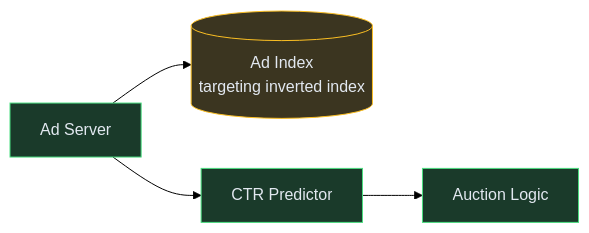
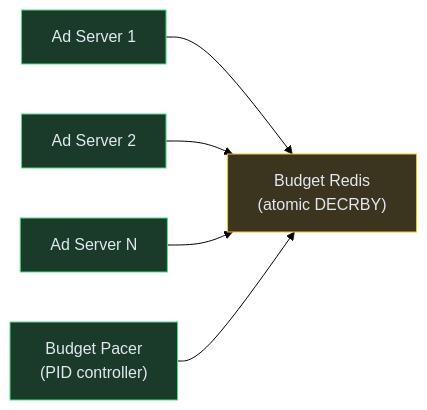
One commit to iluzn/HLD-Designs changed the fourth of 6 diagrams in content/hld/AdSystem.md. Above: the diagram before and after it, drawn with Mermaid (forest theme). The commit also changed other lines of this file and 26 other files, not shown here.

````diff
--- a/content/hld/AdSystem.md
+++ b/content/hld/AdSystem.md
@@ -119,14 +234,16 @@
 ```mermaid
 flowchart LR
-    ADSERV["Ad Server"]:::service
-    INDEX[("Ad Index<br/>targeting inverted index")]:::data
-    MODEL["CTR Predictor"]:::service
-    AUCTION["Auction Logic"]:::service
+    ADSERV1["Ad Server 1"]:::service
+    ADSERV2["Ad Server 2"]:::service
+    ADSERV3["Ad Server N"]:::service
+    REDIS["Budget Redis<br/>(atomic DECRBY)"]:::data
+    PACER["Budget Pacer<br/>(PID controller)"]:::service
 
-    ADSERV --> INDEX
-    ADSERV --> MODEL
-    MODEL --> AUCTION
+    ADSERV1 --> REDIS
+    ADSERV2 --> REDIS
+    ADSERV3 --> REDIS
+    PACER --> REDIS
 
     classDef service fill:#1a3a2a,stroke:#4ade80,color:#e2e8f0
     classDef data fill:#3b3520,stroke:#fbbf24,color:#e2e8f0
 ```
````
